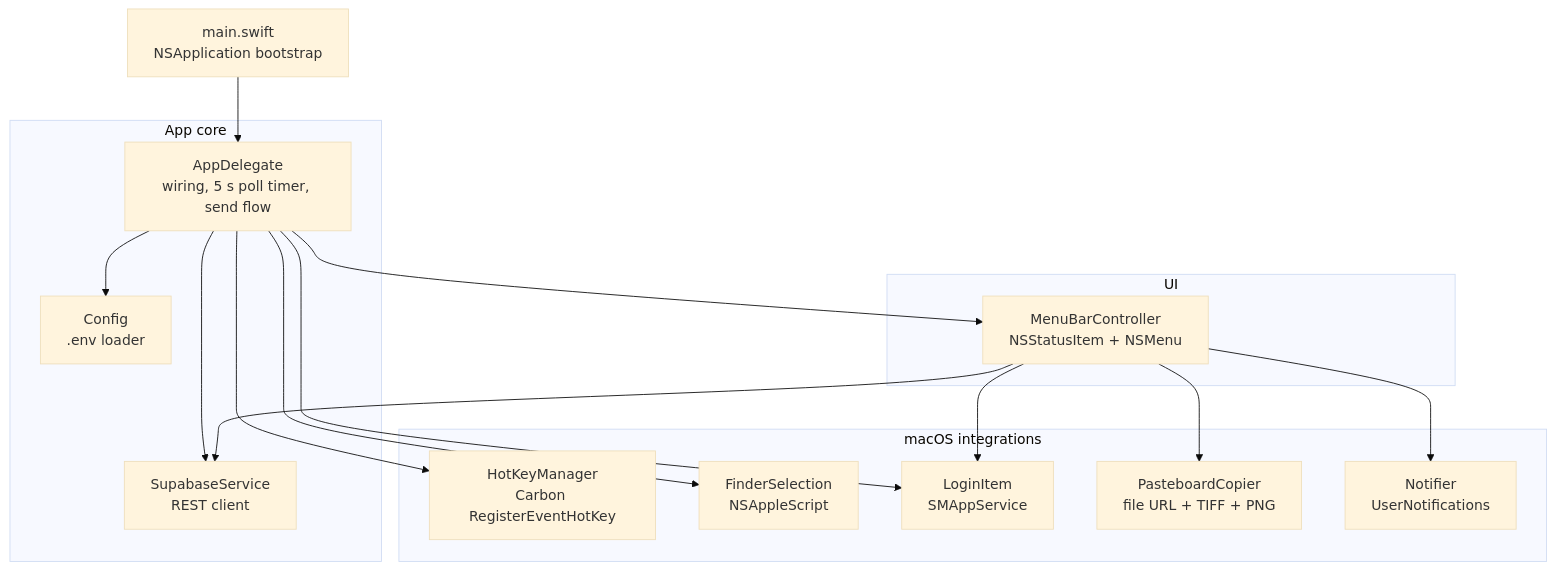
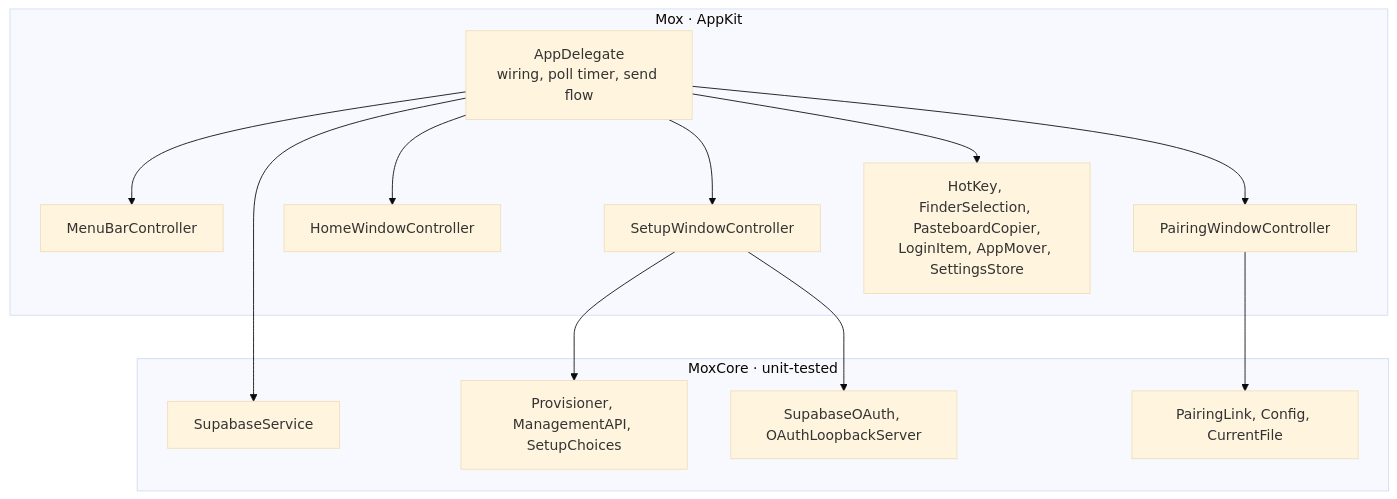
The fourth of 6 diagrams in docs/ARCHITECTURE.md (GiamSoo23/Mox), drawn with Mermaid (base theme) before and after one commit. The commit also changed other lines of this file and 12 other files, not shown here.

First line of the commit message:
docs: README and architecture for the current app, and community files

````diff
--- a/docs/ARCHITECTURE.md
+++ b/docs/ARCHITECTURE.md
@@ -83,33 +117,26 @@
 ```mermaid
 flowchart TB
-    main["main.swift<br/>NSApplication bootstrap"] --> AD
-
-    subgraph core["App core"]
-        AD["AppDelegate<br/>wiring, 5 s poll timer, send flow"]
-        CFG["Config<br/>.env loader"]
-        SS["SupabaseService<br/>REST client"]
+    subgraph app["Mox · AppKit"]
+        AD["AppDelegate<br/>wiring, poll timer, send flow"]
+        MB["MenuBarController"]
+        SW["SetupWindowController"]
+        HW["HomeWindowController"]
+        PW["PairingWindowController"]
+        OS["HotKey, FinderSelection, PasteboardCopier,<br/>LoginItem, AppMover, SettingsStore"]
     end
-
-    subgraph os["macOS integrations"]
-        HK["HotKeyManager<br/>Carbon RegisterEventHotKey"]
-        FS["FinderSelection<br/>NSAppleScript"]
-        LI["LoginItem<br/>SMAppService"]
-        PB["PasteboardCopier<br/>file URL + TIFF + PNG"]
-        NT["Notifier<br/>UserNotifications"]
+    subgraph core["MoxCore · unit-tested"]
+        SS["SupabaseService"]
+        PR["Provisioner, ManagementAPI, SetupChoices"]
+        OA["SupabaseOAuth, OAuthLoopbackServer"]
+        PL["PairingLink, Config, CurrentFile"]
     end
-
-    subgraph ui["UI"]
-        MB["MenuBarController<br/>NSStatusItem + NSMenu"]
-    end
-
-    AD --> CFG
+    AD --> MB
+    AD --> SW
+    AD --> HW
+    AD --> PW
+    AD --> OS
     AD --> SS
-    AD --> HK
-    AD --> FS
-    AD --> LI
-    AD --> MB
-    MB --> SS
-    MB --> PB
-    MB --> NT
-    MB --> LI
+    SW --> PR
+    SW --> OA
+    PW --> PL
 ```
````
